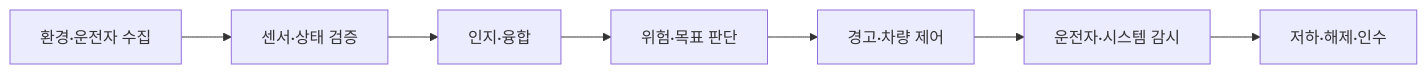
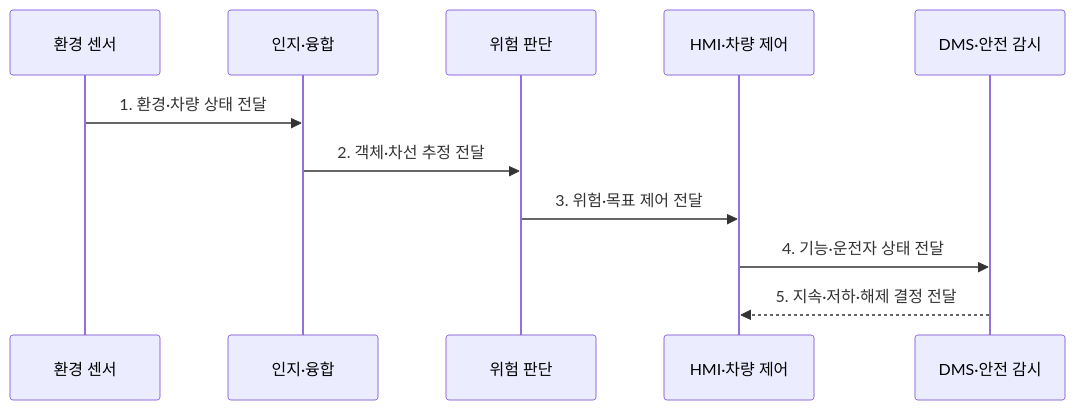
Before and after one commit to agnusdei1207/knowledge-base: the second of 2 diagrams in src/content/docs/notes/08-latest-tech/208_adas_advanced_driver_assistance_system.md, drawn with Mermaid. The commit also changed other lines of this file and 23 other files, not shown here.

````diff
--- a/src/content/docs/notes/08-latest-tech/208_adas_advanced_driver_assistance_system.md
+++ b/src/content/docs/notes/08-latest-tech/208_adas_advanced_driver_assistance_system.md
@@ -83,9 +80,13 @@
 ```mermaid
-flowchart LR
-  A["환경·운전자 수집"] --> B["센서·상태 검증"]
-  B --> C["인지·융합"]
-  C --> D["위험·목표 판단"]
-  D --> E["경고·차량 제어"]
-  E --> F["운전자·시스템 감시"]
-  F --> G["저하·해제·인수"]
+sequenceDiagram
+    participant S as 환경 센서
+    participant P as 인지·융합
+    participant R as 위험 판단
+    participant C as HMI·차량 제어
+    participant D as DMS·안전 감시
+    S->>P: 1. 환경·차량 상태 전달
+    P->>R: 2. 객체·차선 추정 전달
+    R->>C: 3. 위험·목표 제어 전달
+    C->>D: 4. 기능·운전자 상태 전달
+    D-->>C: 5. 지속·저하·해제 결정 전달
 ```
````
